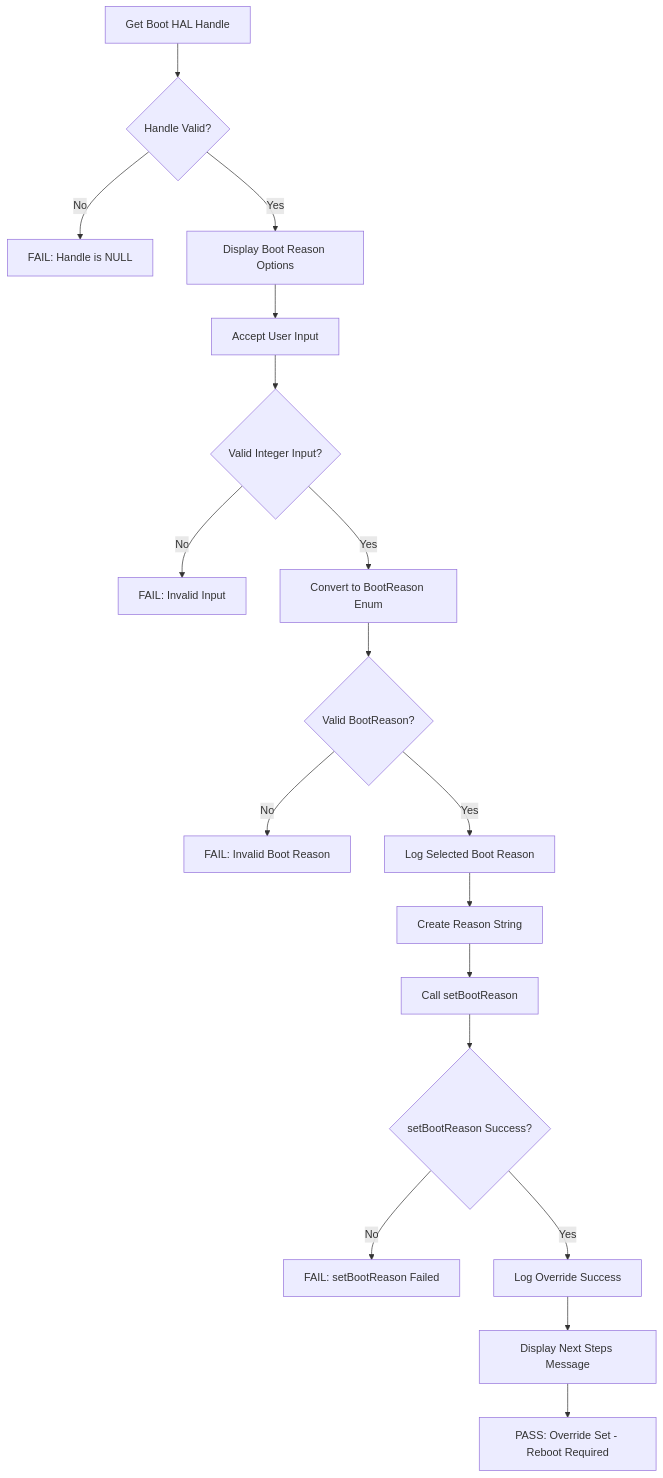
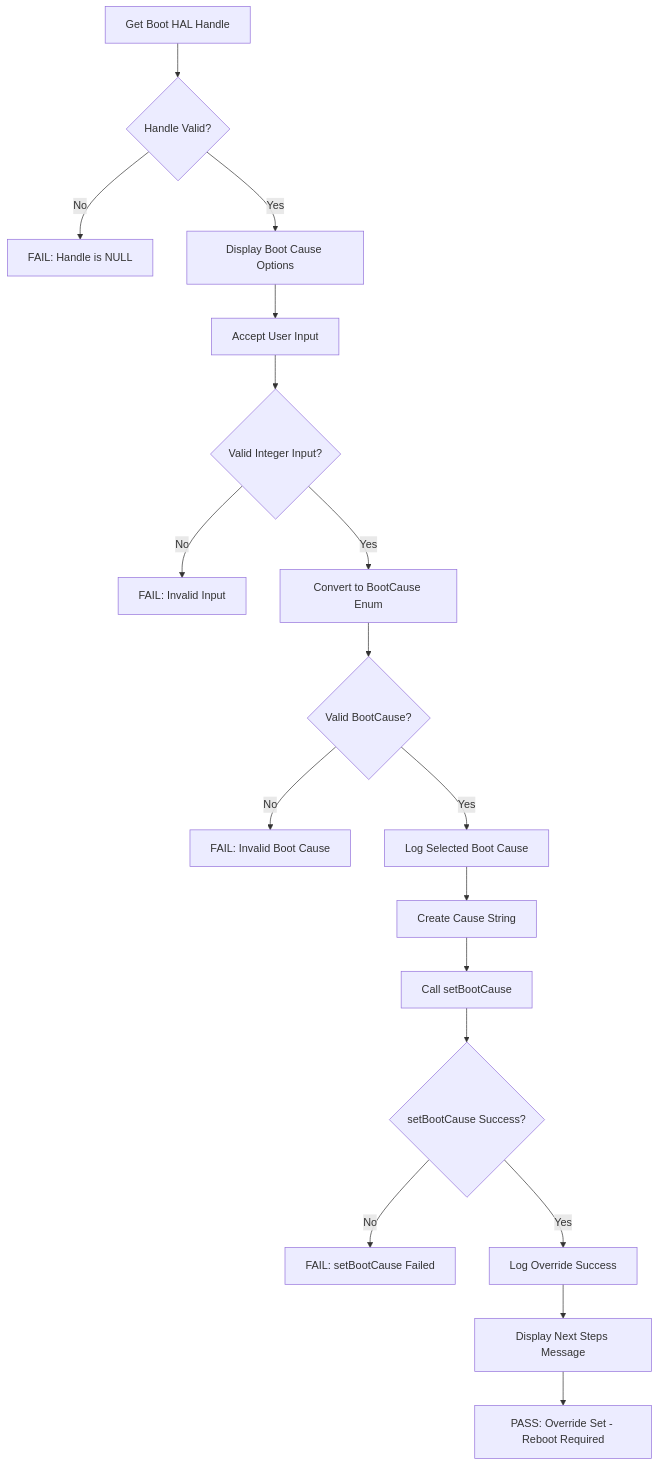
The third of 3 diagrams in docs/pages/Boot_L3_Low-Level_TestSpecification.md (rdkcentral/rdk-halif-aidl-test-boot), drawn with Mermaid before and after one commit. The commit also changed other lines of this file and 15 other files, not shown here.

````diff
--- a/docs/pages/Boot_L3_Low-Level_TestSpecification.md
+++ b/docs/pages/Boot_L3_Low-Level_TestSpecification.md
@@ -231,20 +231,20 @@
 ```mermaid
 graph TD
     A[Get Boot HAL Handle] --> B{Handle Valid?}
     B -->|No| C[FAIL: Handle is NULL]
-    B -->|Yes| D[Display Boot Reason Options]
+    B -->|Yes| D[Display Boot Cause Options]
     D --> E[Accept User Input]
     E --> F{Valid Integer Input?}
     F -->|No| G[FAIL: Invalid Input]
-    F -->|Yes| H[Convert to BootReason Enum]
-    H --> I{Valid BootReason?}
-    I -->|No| J[FAIL: Invalid Boot Reason]
-    I -->|Yes| K[Log Selected Boot Reason]
-    K --> L[Create Reason String]
-    L --> M[Call setBootReason]
-    M --> N{setBootReason Success?}
-    N -->|No| O[FAIL: setBootReason Failed]
+    F -->|Yes| H[Convert to BootCause Enum]
+    H --> I{Valid BootCause?}
+    I -->|No| J[FAIL: Invalid Boot Cause]
+    I -->|Yes| K[Log Selected Boot Cause]
+    K --> L[Create Cause String]
+    L --> M[Call setBootCause]
+    M --> N{setBootCause Success?}
+    N -->|No| O[FAIL: setBootCause Failed]
     N -->|Yes| P[Log Override Success]
     P --> Q[Display Next Steps Message]
     Q --> R[PASS: Override Set - Reboot Required]
 ```
````
